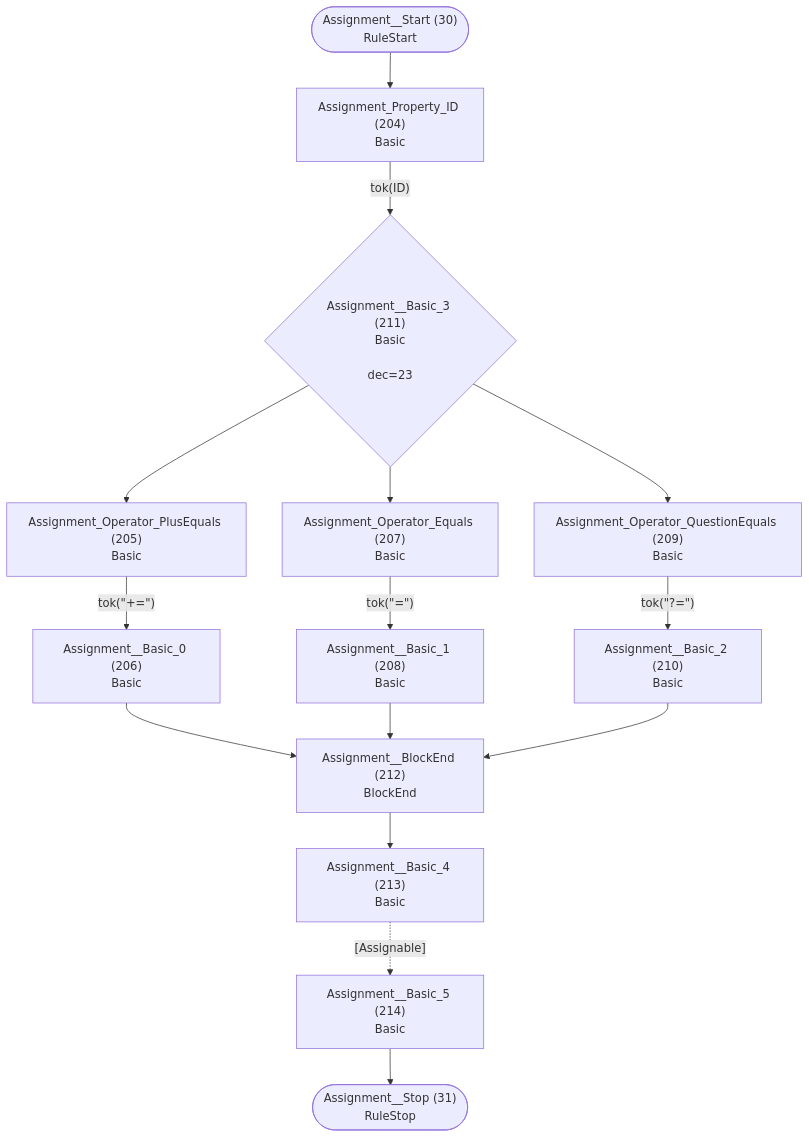
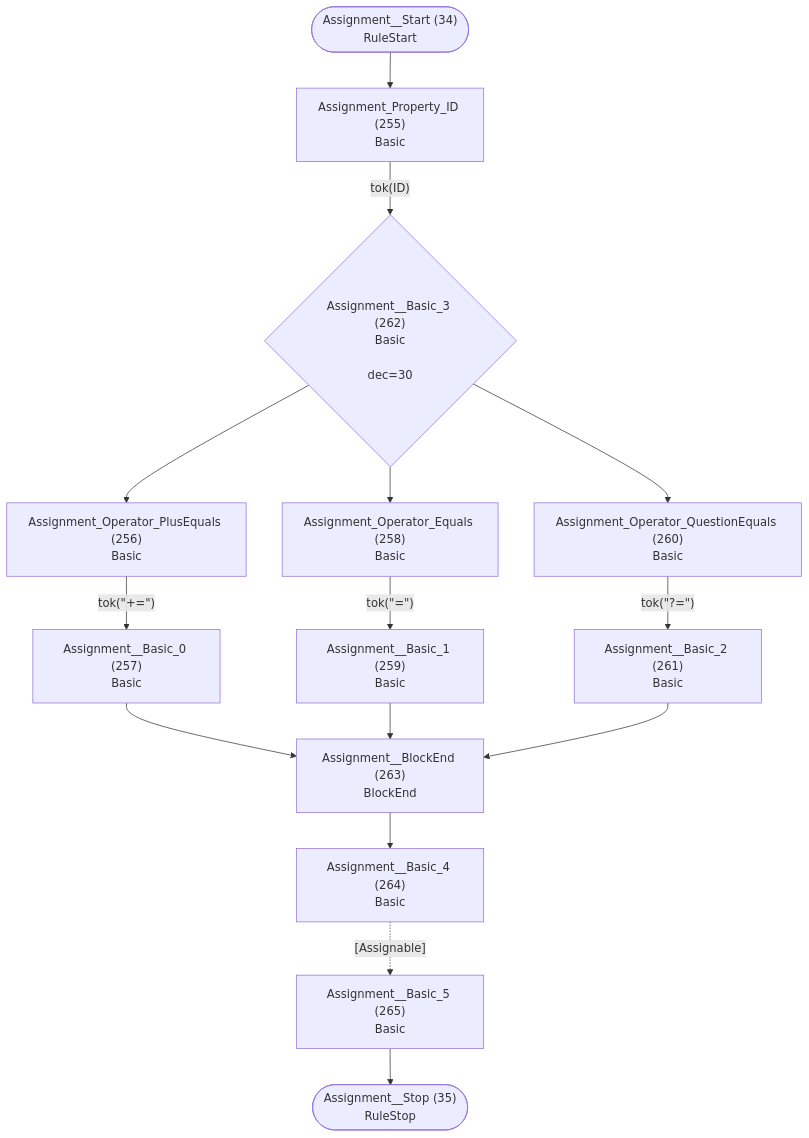
Diagram 18 of 28 in internal/grammar/atn.md (TypeFox/fastbelt), drawn with Mermaid before and after one commit. The commit also changed other lines of this file and 8 other files, not shown here.

````diff
--- a/internal/grammar/atn.md
+++ b/internal/grammar/atn.md
@@ -493,31 +617,31 @@
 ```mermaid
 flowchart TD
-    q30(["Assignment__Start (30)<br/>RuleStart"])
-    q31(["Assignment__Stop (31)<br/>RuleStop"])
-    q204["Assignment_Property_ID (204)<br/>Basic<br/>"]
-    q205["Assignment_Operator_PlusEquals (205)<br/>Basic<br/>"]
-    q206["Assignment__Basic_0 (206)<br/>Basic<br/>"]
-    q207["Assignment_Operator_Equals (207)<br/>Basic<br/>"]
-    q208["Assignment__Basic_1 (208)<br/>Basic<br/>"]
-    q209["Assignment_Operator_QuestionEquals (209)<br/>Basic<br/>"]
-    q210["Assignment__Basic_2 (210)<br/>Basic<br/>"]
-    q211{"Assignment__Basic_3 (211)<br/>Basic<br/><br/>dec=23"}
-    q212["Assignment__BlockEnd (212)<br/>BlockEnd<br/>"]
-    q213["Assignment__Basic_4 (213)<br/>Basic<br/>"]
-    q214["Assignment__Basic_5 (214)<br/>Basic<br/>"]
+    q34(["Assignment__Start (34)<br/>RuleStart"])
+    q35(["Assignment__Stop (35)<br/>RuleStop"])
+    q255["Assignment_Property_ID (255)<br/>Basic<br/>"]
+    q256["Assignment_Operator_PlusEquals (256)<br/>Basic<br/>"]
+    q257["Assignment__Basic_0 (257)<br/>Basic<br/>"]
+    q258["Assignment_Operator_Equals (258)<br/>Basic<br/>"]
+    q259["Assignment__Basic_1 (259)<br/>Basic<br/>"]
+    q260["Assignment_Operator_QuestionEquals (260)<br/>Basic<br/>"]
+    q261["Assignment__Basic_2 (261)<br/>Basic<br/>"]
+    q262{"Assignment__Basic_3 (262)<br/>Basic<br/><br/>dec=30"}
+    q263["Assignment__BlockEnd (263)<br/>BlockEnd<br/>"]
+    q264["Assignment__Basic_4 (264)<br/>Basic<br/>"]
+    q265["Assignment__Basic_5 (265)<br/>Basic<br/>"]
 
-    q30 --> q204
-    q204 -->|"tok(ID)"| q211
-    q205 -->|"tok(&quot;+=&quot;)"| q206
-    q206 --> q212
-    q207 -->|"tok(&quot;=&quot;)"| q208
-    q208 --> q212
-    q209 -->|"tok(&quot;?=&quot;)"| q210
-    q210 --> q212
-    q211 --> q205
-    q211 --> q207
-    q211 --> q209
-    q212 --> q213
-    q213 -.->|"[Assignable]"| q214
-    q214 --> q31
+    q34 --> q255
+    q255 -->|"tok(ID)"| q262
+    q256 -->|"tok(&quot;+=&quot;)"| q257
+    q257 --> q263
+    q258 -->|"tok(&quot;=&quot;)"| q259
+    q259 --> q263
+    q260 -->|"tok(&quot;?=&quot;)"| q261
+    q261 --> q263
+    q262 --> q256
+    q262 --> q258
+    q262 --> q260
+    q263 --> q264
+    q264 -.->|"[Assignable]"| q265
+    q265 --> q35
 ```
````
